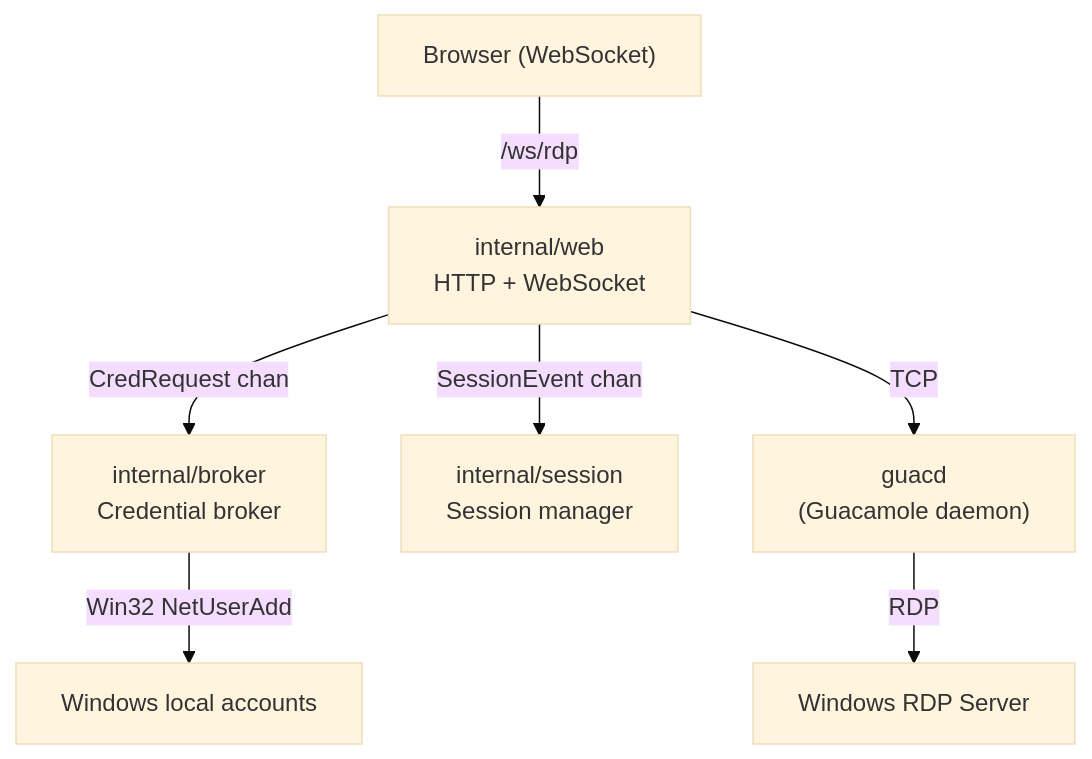
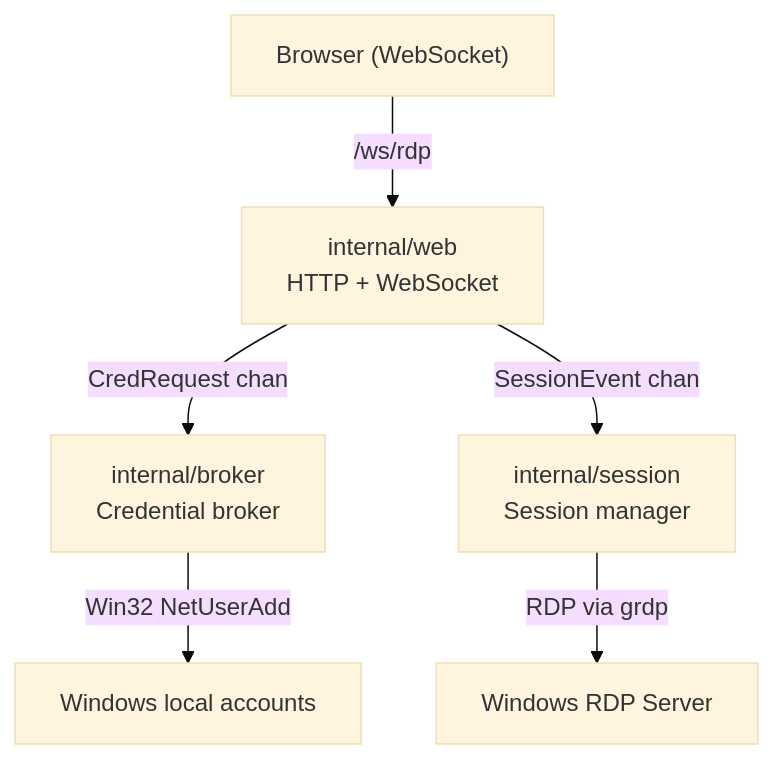
Before and after one commit to pacorreia/go-rdp-server: the diagram in docs/index.md, drawn with Mermaid (base theme). The commit also changed other lines of this file and 4 other files, not shown here.

Commit message:
docs: update all docs to reflect pure-Go RDP architecture (remove guacd)

````diff
--- a/docs/index.md
+++ b/docs/index.md
@@ -48,9 +49,8 @@
 ```mermaid
 flowchart TD
     Browser["Browser (WebSocket)"] -->|"/ws/rdp"| Web["internal/web\nHTTP + WebSocket"]
     Web -->|CredRequest chan| Broker["internal/broker\nCredential broker"]
     Broker -->|Win32 NetUserAdd| WinAccounts["Windows local accounts"]
     Web -->|SessionEvent chan| Manager["internal/session\nSession manager"]
-    Web -->|TCP| Guacd["guacd\n(Guacamole daemon)"]
-    Guacd -->|RDP| WinRDP["Windows RDP Server"]
+    Manager -->|RDP via grdp| WinRDP["Windows RDP Server"]
 ```
````
